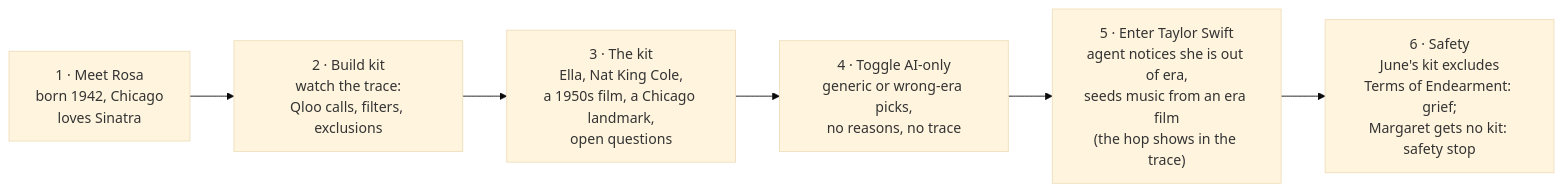
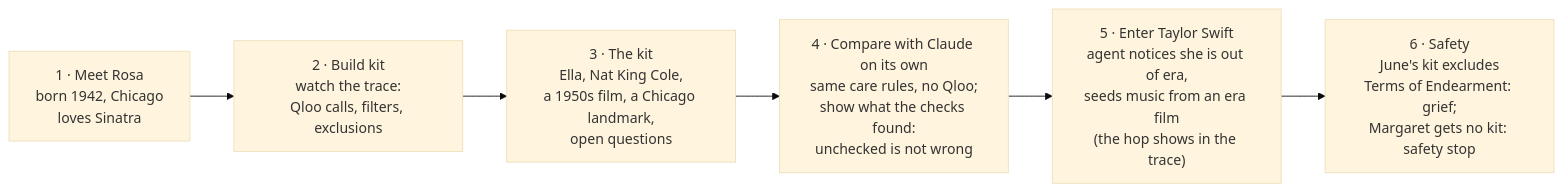
One commit to PrathibhaDevkar/memory-lane changed the seventh of 8 diagrams in docs/plan.md. Above: the diagram before and after it, drawn with Mermaid (base theme). The commit also changed other lines of this file and 9 other files, not shown here.

First line of the commit message:
Show picks Qloo doesn't list as unchecked, not wrong

````diff
--- a/docs/plan.md
+++ b/docs/plan.md
@@ -520,8 +520,8 @@
 ```mermaid
 flowchart LR
     A["1 · Meet Rosa<br/>born 1942, Chicago<br/>loves Sinatra"] --> B["2 · Build kit<br/>watch the trace:<br/>Qloo calls, filters, exclusions"]
     B --> C["3 · The kit<br/>Ella, Nat King Cole,<br/>a 1950s film, a Chicago landmark,<br/>open questions"]
-    C --> D["4 · Toggle AI-only<br/>generic or wrong-era picks,<br/>no reasons, no trace"]
+    C --> D["4 · Compare with Claude on its own<br/>same care rules, no Qloo;<br/>show what the checks found:<br/>unchecked is not wrong"]
     D --> E["5 · Enter Taylor Swift<br/>agent notices she is out of era,<br/>seeds music from an era film<br/>(the hop shows in the trace)"]
     E --> F["6 · Safety<br/>June's kit excludes<br/>Terms of Endearment: grief;<br/>Margaret gets no kit: safety stop"]
 ```
````
